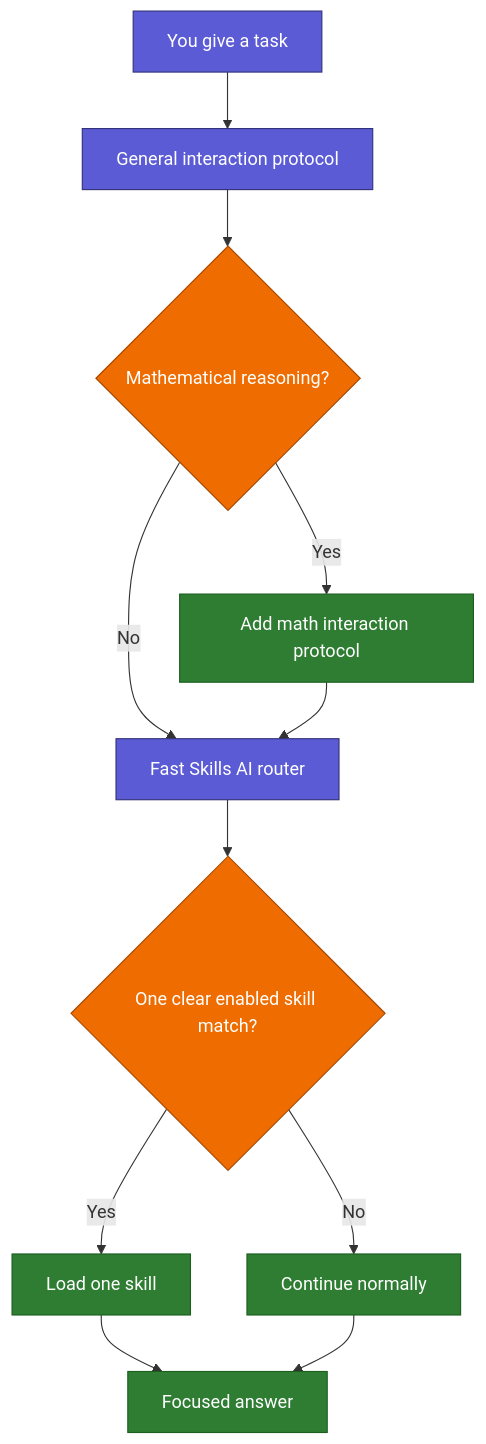
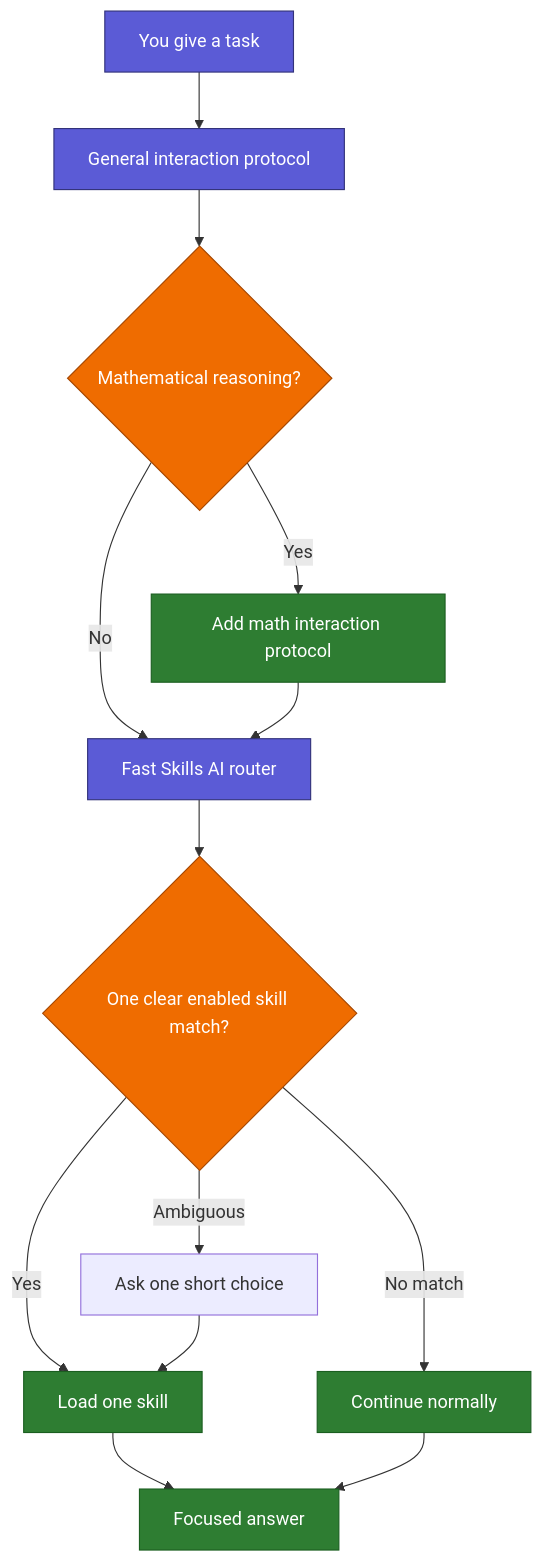
Before and after one commit to geekybobz/skills_ai: the diagram in README.md, drawn with Mermaid. The commit also changed other lines of this file and 46 other files, not shown here.

````diff
--- a/README.md
+++ b/README.md
@@ -20,20 +20,22 @@
 ```mermaid
 flowchart TD
     U["You give a task"] --> P["General interaction protocol"]
     P --> M{"Mathematical reasoning?"}
     M -- "Yes" --> X["Add math interaction protocol"]
     M -- "No" --> R["Fast Skills AI router"]
     X --> R
     R --> Q{"One clear enabled skill match?"}
     Q -- "Yes" --> S["Load one skill"]
-    Q -- "No" --> N["Continue normally"]
+    Q -- "No match" --> N["Continue normally"]
+    Q -- "Ambiguous" --> C["Ask one short choice"]
+    C --> S
     S --> A["Focused answer"]
     N --> A
 
     classDef entry fill:#5B5BD6,color:#fff,stroke:#32327A
     classDef choice fill:#EF6C00,color:#fff,stroke:#A64700
     classDef result fill:#2E7D32,color:#fff,stroke:#1B5E20
     class U,P,R entry
     class M,Q choice
     class X,S,N,A result
 ```
````
